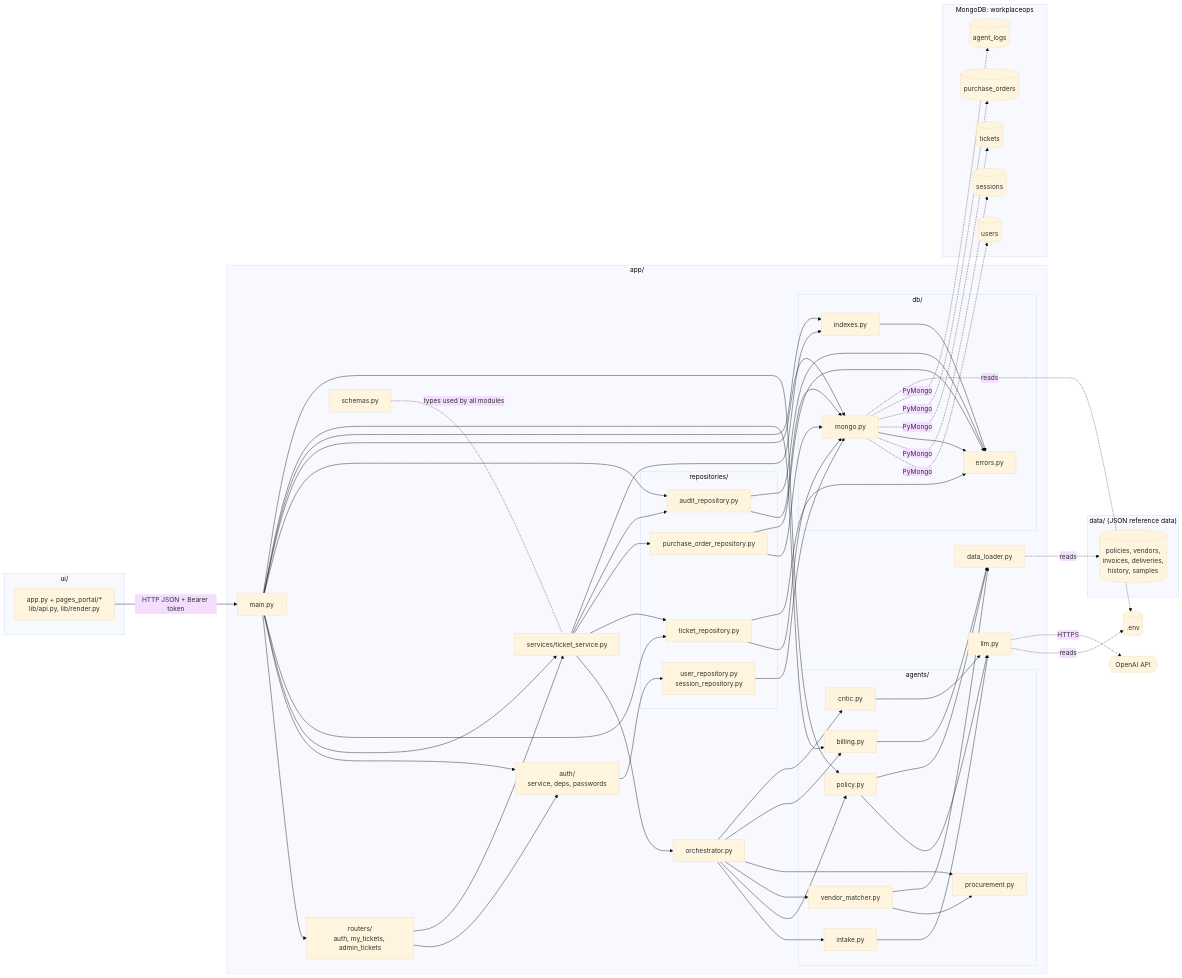
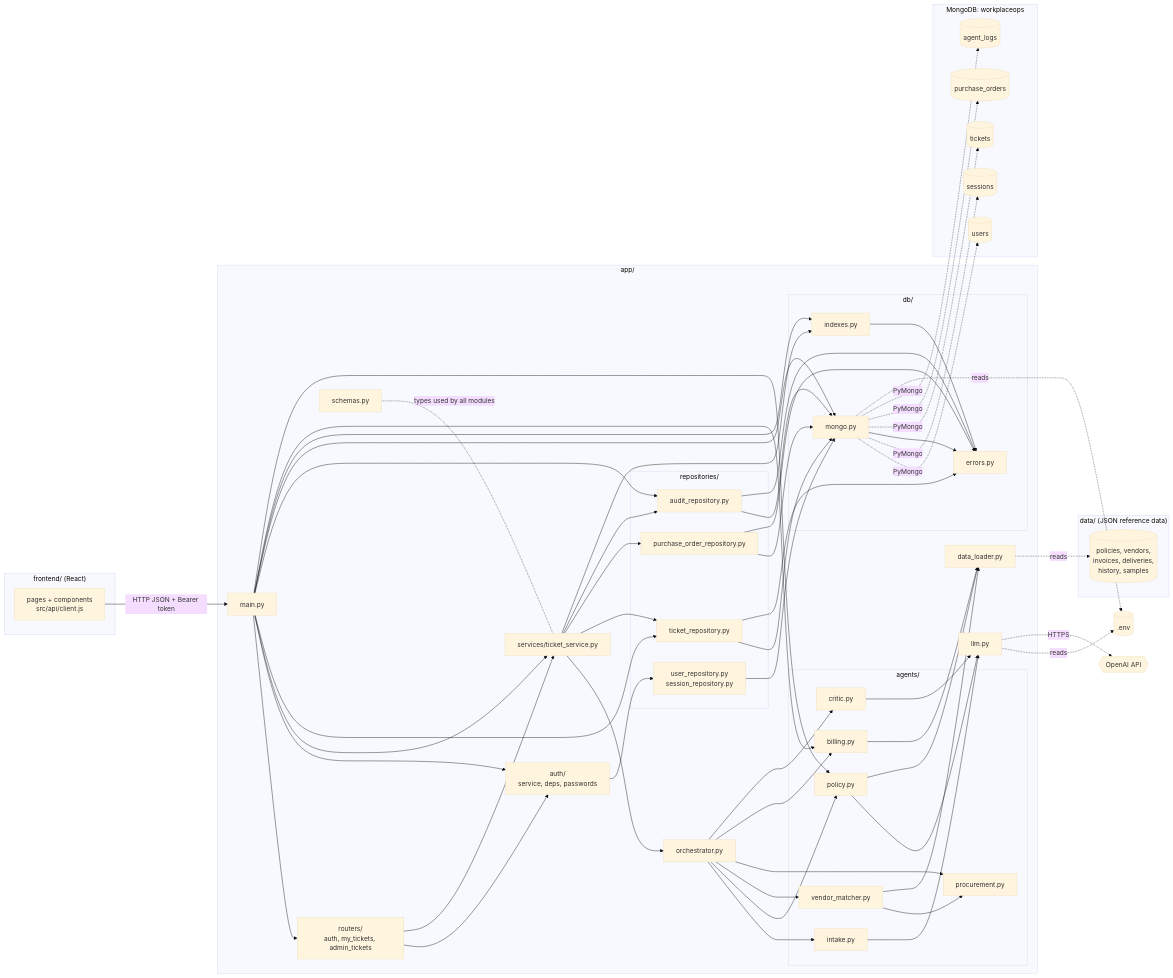
Before and after one commit to Sinha28Shivam/Singularity_Squad: the first of 18 diagrams in Docs/flow.md, drawn with Mermaid (base theme). The commit also changed other lines of this file and 57 other files, not shown here.

````diff
--- a/Docs/flow.md
+++ b/Docs/flow.md
@@ -166,75 +163,75 @@
 ```mermaid
 flowchart LR
-    subgraph UI["ui/"]
-        ST[app.py + pages_portal/*<br/>lib/api.py, lib/render.py]
+    subgraph UI["frontend/ (React)"]
+        ST[pages + components<br/>src/api/client.js]
     end
     subgraph APP["app/"]
         MAIN[main.py]
         RT[routers/<br/>auth, my_tickets, admin_tickets]
         AUTH[auth/<br/>service, deps, passwords]
         SVC[services/ticket_service.py]
         ORCH[orchestrator.py]
         SCH[schemas.py]
         LLM[llm.py]
         DL[data_loader.py]
         subgraph AG["agents/"]
             IN[intake.py]
             PO[policy.py]
             VM[vendor_matcher.py]
             PR[procurement.py]
             BI[billing.py]
             CR[critic.py]
         end
         subgraph REPO["repositories/"]
             TR[ticket_repository.py]
             POR[purchase_order_repository.py]
             AR[audit_repository.py]
             UR[user_repository.py<br/>session_repository.py]
         end
         subgraph DBL["db/"]
             MG[mongo.py]
             IX[indexes.py]
             ER[errors.py]
         end
     end
     subgraph DATA["data/ (JSON reference data)"]
         JSON[(policies, vendors,<br/>invoices, deliveries,<br/>history, samples)]
     end
     subgraph MONGO["MongoDB: workplaceops"]
         TK[(tickets)]
         PC[(purchase_orders)]
         AL[(agent_logs)]
         US[(users)]
         SE[(sessions)]
     end
     ENV[(.env)]
     OPENAI{{OpenAI API}}
 
     ST -- "HTTP JSON + Bearer token" --> MAIN
     MAIN --> RT
     RT --> AUTH
     RT --> SVC
     MAIN --> AUTH
     AUTH --> UR
     UR --> MG
     MG -. PyMongo .-> US & SE
     MAIN --> SVC
     MAIN --> TR & AR
     MAIN --> MG & IX
     MAIN --> BI & PO
     SVC --> ORCH
     SVC --> TR & POR & AR
     SVC --> IX
     ORCH --> IN & PO & VM & PR & BI & CR
     VM --> PR
     IN & PO & CR --> LLM
     PO & VM & BI --> DL
     DL -. reads .-> JSON
     TR & POR & AR --> MG
     TR & POR & AR & MG & IX --> ER
     MG -. PyMongo .-> TK & PC & AL
     MG -. reads .-> ENV
     LLM -. reads .-> ENV
     LLM -. HTTPS .-> OPENAI
     SCH -. types used by all modules .- SVC
 ```
````
